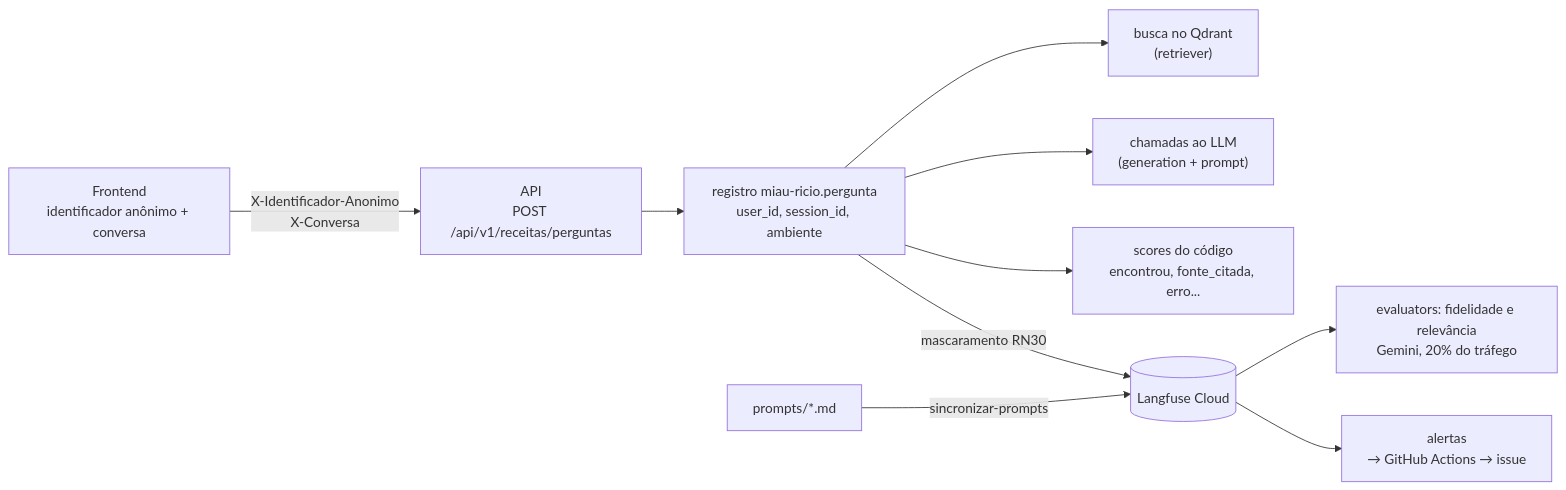
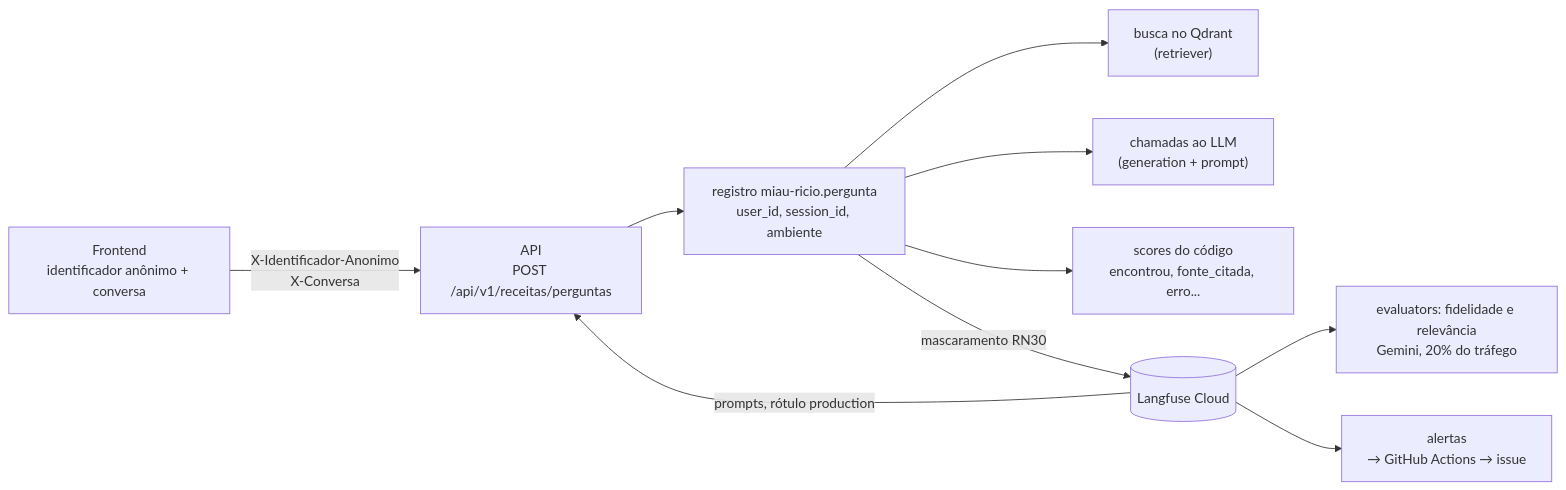
One commit to challenge2-qualidade-vida/challenge2-qualidade-de-vida changed the diagram in docs/semana-3/observabilidade.md. Above: the diagram before and after it, drawn with Mermaid. The commit also changed other lines of this file, not shown here.

Commit message:
docs(semana-3): explica como mudar um prompt no Langfuse

````diff
--- a/docs/semana-3/observabilidade.md
+++ b/docs/semana-3/observabilidade.md
@@ -7,12 +7,12 @@
 ```mermaid
 flowchart LR
     Navegador["Frontend<br/>identificador anônimo + conversa"] -->|X-Identificador-Anonimo<br/>X-Conversa| API["API<br/>POST /api/v1/receitas/perguntas"]
     API --> Registro["registro miau-ricio.pergunta<br/>user_id, session_id, ambiente"]
     Registro --> Busca["busca no Qdrant<br/>(retriever)"]
     Registro --> LLM["chamadas ao LLM<br/>(generation + prompt)"]
     Registro --> Scores["scores do código<br/>encontrou, fonte_citada, erro..."]
     Registro -->|mascaramento RN30| Langfuse[("Langfuse Cloud")]
     Langfuse --> Juiz["evaluators: fidelidade e relevância<br/>Gemini, 20% do tráfego"]
     Langfuse --> Alertas["alertas<br/>→ GitHub Actions → issue"]
-    Prompts["prompts/*.md"] -->|sincronizar-prompts| Langfuse
+    Langfuse -->|prompts, rótulo production| API
 ```
````
